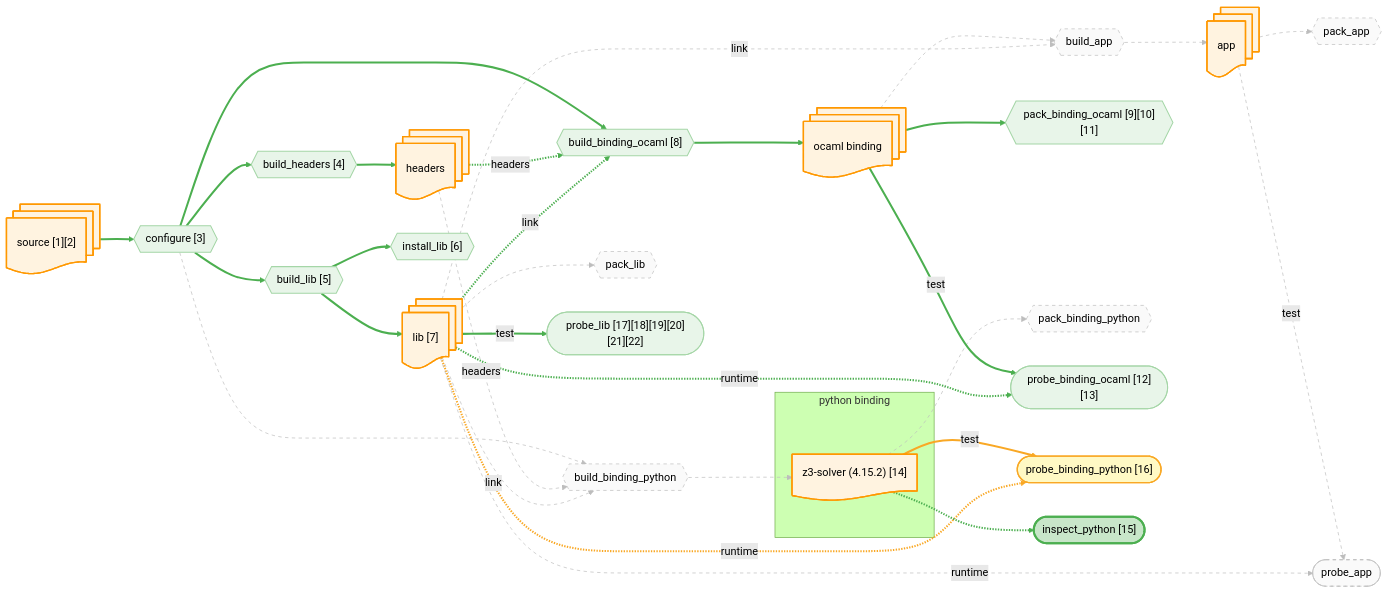
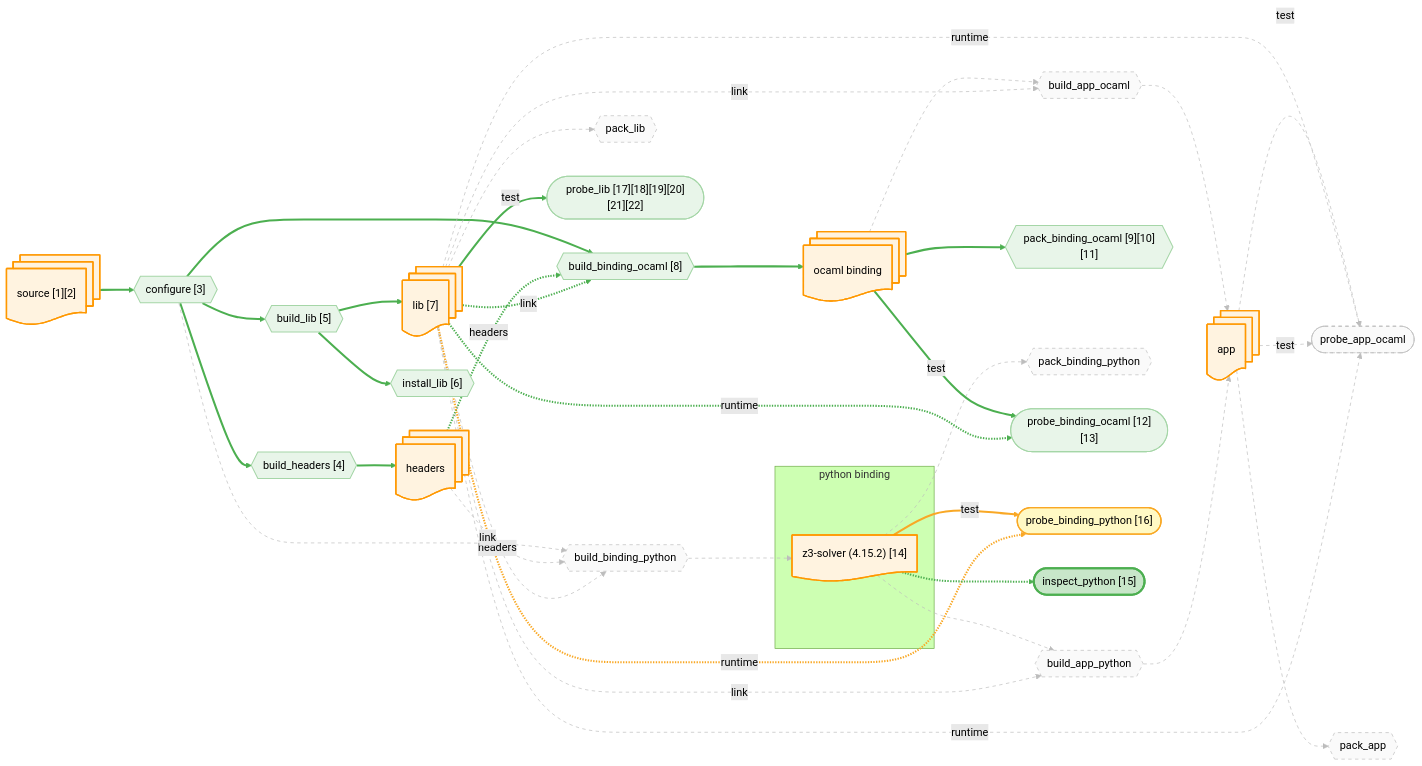
Before and after one commit to JHU-PL-Lab/tola: the diagram in docs/canary/projects/z3/-run/diagrams/binding_python.mmd, drawn with Mermaid (forest theme). The commit also changed 888 other files, not shown here.

```diff
--- a/docs/canary/projects/z3/-run/diagrams/binding_python.mmd
+++ b/docs/canary/projects/z3/-run/diagrams/binding_python.mmd
@@ -1,112 +1,126 @@
 %% view: binding_python
 graph LR
     source_node@{ shape: docs, label: "source [1][2]" }
     headers_node@{ shape: docs, label: "headers" }
     lib_node@{ shape: docs, label: "lib [7]" }
     app_node@{ shape: docs, label: "app" }
     ocaml_binding_node@{ shape: docs, label: "ocaml binding" }
     subgraph python_binding_sg ["python binding"]
       python_binding_fetch_node@{ shape: doc, label: "z3-solver (4.15.2) [14]" }
     end
 
     A_configure{{"configure [3]"}}
     A_build_headers{{"build_headers [4]"}}
     A_build_lib{{"build_lib [5]"}}
     A_build_binding_ocaml{{"build_binding_ocaml [8]"}}
+    A_build_app_ocaml{{"build_app_ocaml"}}
     A_build_binding_python{{"build_binding_python"}}
-    A_build_app{{"build_app"}}
+    A_build_app_python{{"build_app_python"}}
     A_install_lib{{"install_lib [6]"}}
     A_pack_binding_ocaml{{"pack_binding_ocaml [9][10][11]"}}
     A_pack_binding_python{{"pack_binding_python"}}
     A_pack_lib{{"pack_lib"}}
     A_pack_app{{"pack_app"}}
     A_probe_binding_ocaml(["probe_binding_ocaml [12][13]"])
+    A_probe_app_ocaml(["probe_app_ocaml"])
     A_probe_binding_python(["probe_binding_python [16]"])
+    A_probe_app_ocaml(["probe_app_ocaml"])
     A_probe_lib(["probe_lib [17][18][19][20][21][22]"])
-    A_probe_app(["probe_app"])
     A_fetch_binding_python_inspect(["inspect_python [15]"])
 
     source_node --> A_configure
     A_configure --> A_build_headers
     A_build_headers --> headers_node
     A_configure --> A_build_lib
     A_build_lib --> lib_node
     A_configure --> A_build_binding_ocaml
     headers_node -.->|headers| A_build_binding_ocaml
     lib_node -.->|link| A_build_binding_ocaml
     A_build_binding_ocaml --> ocaml_binding_node
+    ocaml_binding_node --> A_build_app_ocaml
+    lib_node -.->|link| A_build_app_ocaml
+    A_build_app_ocaml --> app_node
     A_configure --> A_build_binding_python
     headers_node -.->|headers| A_build_binding_python
     lib_node -.->|link| A_build_binding_python
     A_build_binding_python --> python_binding_fetch_node
-    ocaml_binding_node --> A_build_app
-    lib_node -.->|link| A_build_app
-    A_build_app --> app_node
+    python_binding_fetch_node --> A_build_app_python
+    lib_node -.->|link| A_build_app_python
+    A_build_app_python --> app_node
     A_build_lib --> A_install_lib
     ocaml_binding_node --> A_pack_binding_ocaml
     python_binding_fetch_node --> A_pack_binding_python
     lib_node --> A_pack_lib
     app_node --> A_pack_app
     ocaml_binding_node -->|test| A_probe_binding_ocaml
     lib_node -.->|runtime| A_probe_binding_ocaml
+    app_node -->|test| A_probe_app_ocaml
+    lib_node -.->|runtime| A_probe_app_ocaml
     python_binding_fetch_node -->|test| A_probe_binding_python
     lib_node -.->|runtime| A_probe_binding_python
+    app_node -->|test| A_probe_app_ocaml
+    lib_node -.->|runtime| A_probe_app_ocaml
     lib_node -->|test| A_probe_lib
-    app_node -->|test| A_probe_app
-    lib_node -.->|runtime| A_probe_app
     python_binding_fetch_node -.-> A_fetch_binding_python_inspect
 
     classDef artifact fill:#fff3e0,stroke:#ff9800,stroke-width:2px
     classDef action fill:#f3e5f5,stroke:#9c27b0,stroke-width:2px
     classDef st_done fill:#c8e6c9,stroke:#4caf50,stroke-width:3px
     classDef st_done_ctx fill:#e8f5e9,stroke:#a5d6a7,stroke-width:1.5px
     classDef st_expected_fail fill:#fff9c4,stroke:#f9a825,stroke-width:2px
     classDef st_failed fill:#ffcdd2,stroke:#c62828,stroke-width:2px
     classDef st_skipped fill:#f5f5f5,stroke:#9e9e9e,stroke-dasharray:5
     classDef st_nospec fill:#fafafa,stroke:#bdbdbd,stroke-dasharray:5
     class source_node,headers_node,lib_node,app_node,ocaml_binding_node,python_binding_fetch_node artifact
     class A_configure st_done_ctx
     class A_build_headers st_done_ctx
     class A_build_lib st_done_ctx
     class A_build_binding_ocaml st_done_ctx
+    class A_build_app_ocaml st_nospec
     class A_build_binding_python st_nospec
-    class A_build_app st_nospec
+    class A_build_app_python st_nospec
     class A_install_lib st_done_ctx
     class A_pack_binding_ocaml st_done_ctx
     class A_pack_binding_python st_nospec
     class A_pack_lib st_nospec
     class A_pack_app st_nospec
     class A_probe_binding_ocaml st_done_ctx
+    class A_probe_app_ocaml st_nospec
     class A_probe_binding_python st_expected_fail
+    class A_probe_app_ocaml st_nospec
     class A_probe_lib st_done_ctx
-    class A_probe_app st_nospec
     class A_fetch_binding_python_inspect st_done
     linkStyle 0 stroke:#4caf50,stroke-width:3px
     linkStyle 1 stroke:#4caf50,stroke-width:3px
     linkStyle 2 stroke:#4caf50,stroke-width:3px
     linkStyle 3 stroke:#4caf50,stroke-width:3px
     linkStyle 4 stroke:#4caf50,stroke-width:3px
     linkStyle 5 stroke:#4caf50,stroke-width:3px
     linkStyle 6 stroke:#4caf50,stroke-width:3px
     linkStyle 7 stroke:#4caf50,stroke-width:3px
     linkStyle 8 stroke:#4caf50,stroke-width:3px
     linkStyle 9 stroke:#bdbdbd,stroke-width:1px,stroke-dasharray:5
     linkStyle 10 stroke:#bdbdbd,stroke-width:1px,stroke-dasharray:5
     linkStyle 11 stroke:#bdbdbd,stroke-width:1px,stroke-dasharray:5
     linkStyle 12 stroke:#bdbdbd,stroke-width:1px,stroke-dasharray:5
     linkStyle 13 stroke:#bdbdbd,stroke-width:1px,stroke-dasharray:5
     linkStyle 14 stroke:#bdbdbd,stroke-width:1px,stroke-dasharray:5
     linkStyle 15 stroke:#bdbdbd,stroke-width:1px,stroke-dasharray:5
-    linkStyle 16 stroke:#4caf50,stroke-width:3px
-    linkStyle 17 stroke:#4caf50,stroke-width:3px
+    linkStyle 16 stroke:#bdbdbd,stroke-width:1px,stroke-dasharray:5
+    linkStyle 17 stroke:#bdbdbd,stroke-width:1px,stroke-dasharray:5
     linkStyle 18 stroke:#bdbdbd,stroke-width:1px,stroke-dasharray:5
-    linkStyle 19 stroke:#bdbdbd,stroke-width:1px,stroke-dasharray:5
-    linkStyle 20 stroke:#bdbdbd,stroke-width:1px,stroke-dasharray:5
-    linkStyle 21 stroke:#4caf50,stroke-width:3px
-    linkStyle 22 stroke:#4caf50,stroke-width:3px
-    linkStyle 23 stroke:#f9a825,stroke-width:3px
-    linkStyle 24 stroke:#f9a825,stroke-width:3px
+    linkStyle 19 stroke:#4caf50,stroke-width:3px
+    linkStyle 20 stroke:#4caf50,stroke-width:3px
+    linkStyle 21 stroke:#bdbdbd,stroke-width:1px,stroke-dasharray:5
+    linkStyle 22 stroke:#bdbdbd,stroke-width:1px,stroke-dasharray:5
+    linkStyle 23 stroke:#bdbdbd,stroke-width:1px,stroke-dasharray:5
+    linkStyle 24 stroke:#4caf50,stroke-width:3px
     linkStyle 25 stroke:#4caf50,stroke-width:3px
     linkStyle 26 stroke:#bdbdbd,stroke-width:1px,stroke-dasharray:5
     linkStyle 27 stroke:#bdbdbd,stroke-width:1px,stroke-dasharray:5
-    linkStyle 28 stroke:#4caf50,stroke-width:3px
+    linkStyle 28 stroke:#f9a825,stroke-width:3px
+    linkStyle 29 stroke:#f9a825,stroke-width:3px
+    linkStyle 30 stroke:#bdbdbd,stroke-width:1px,stroke-dasharray:5
+    linkStyle 31 stroke:#bdbdbd,stroke-width:1px,stroke-dasharray:5
+    linkStyle 32 stroke:#4caf50,stroke-width:3px
+    linkStyle 33 stroke:#4caf50,stroke-width:3px
```
